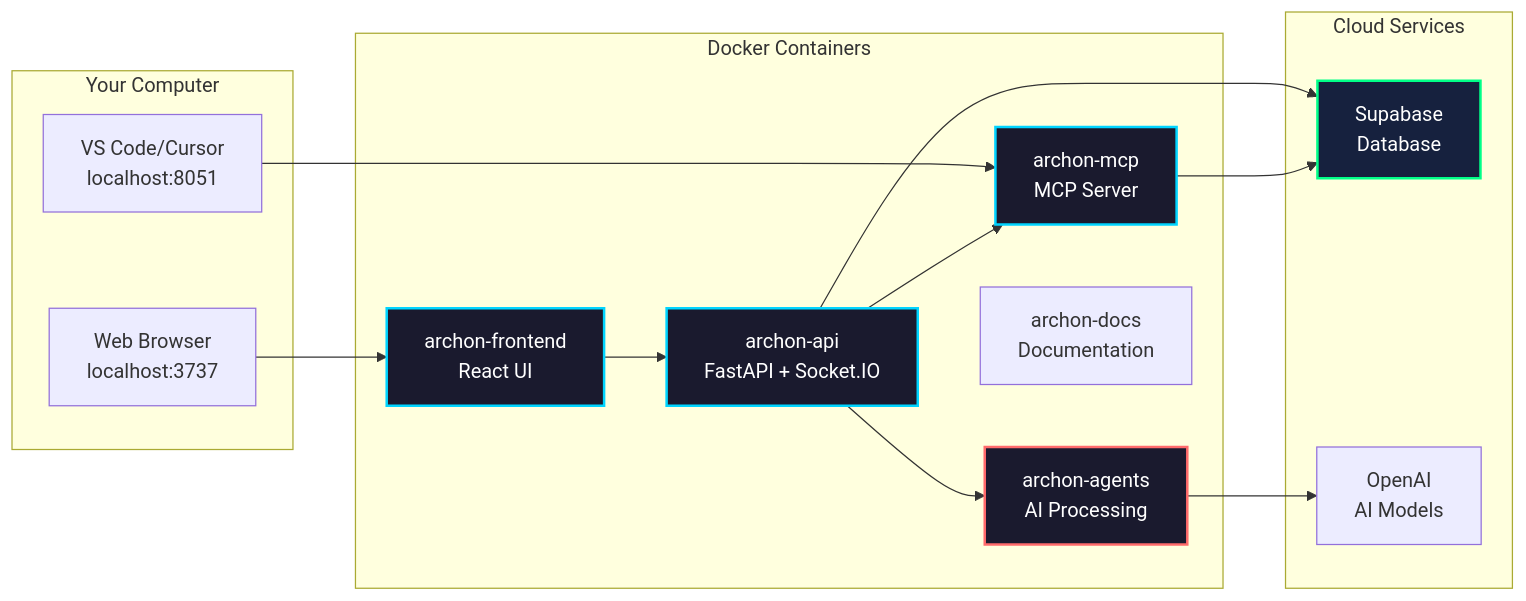
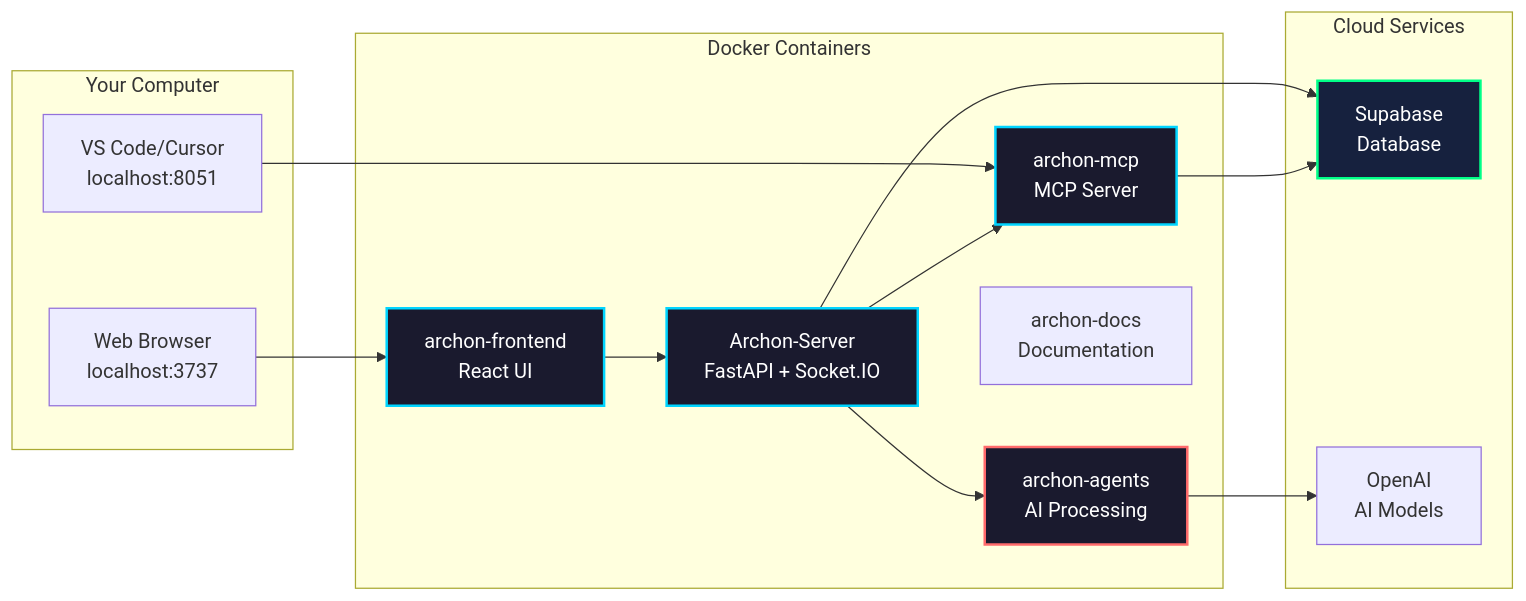
One commit to tarsonis125/mcp-crawl4ai-rag-ChromaDB-V1 changed the diagram in docs/docs/deployment.mdx. Above: the diagram before and after it, drawn with Mermaid. The commit also changed other lines of this file and 72 other files, not shown here.

First line of the commit message:
feat(docker): add documentation service and refactor server architecture

````diff
--- a/docs/docs/deployment.mdx
+++ b/docs/docs/deployment.mdx
@@ -59,35 +59,35 @@
 ```mermaid
 graph LR
     subgraph "Your Computer"
         Browser[Web Browser<br/>localhost:3737]
         IDE[VS Code/Cursor<br/>localhost:8051]
     end
     
     subgraph "Docker Containers"
         Frontend[archon-frontend<br/>React UI]
-        API[archon-api<br/>FastAPI + Socket.IO]
+        API[Archon-Server<br/>FastAPI + Socket.IO]
         MCP[archon-mcp<br/>MCP Server]
         Agents[archon-agents<br/>AI Processing]
         Docs[archon-docs<br/>Documentation]
     end
     
     subgraph "Cloud Services"
         Supabase[Supabase<br/>Database]
         OpenAI[OpenAI<br/>AI Models]
     end
     
     Browser --> Frontend
     IDE --> MCP
     Frontend --> API
     API --> MCP
     API --> Agents
     API --> Supabase
     Agents --> OpenAI
     MCP --> Supabase
     
     style Frontend fill:#1a1a2e,stroke:#00d4ff,stroke-width:2px,color:#fff
     style API fill:#1a1a2e,stroke:#00d4ff,stroke-width:2px,color:#fff
     style MCP fill:#1a1a2e,stroke:#00d4ff,stroke-width:2px,color:#fff
     style Agents fill:#1a1a2e,stroke:#ff6b6b,stroke-width:2px,color:#fff
     style Supabase fill:#16213e,stroke:#00ff88,stroke-width:2px,color:#fff
 ```
````
